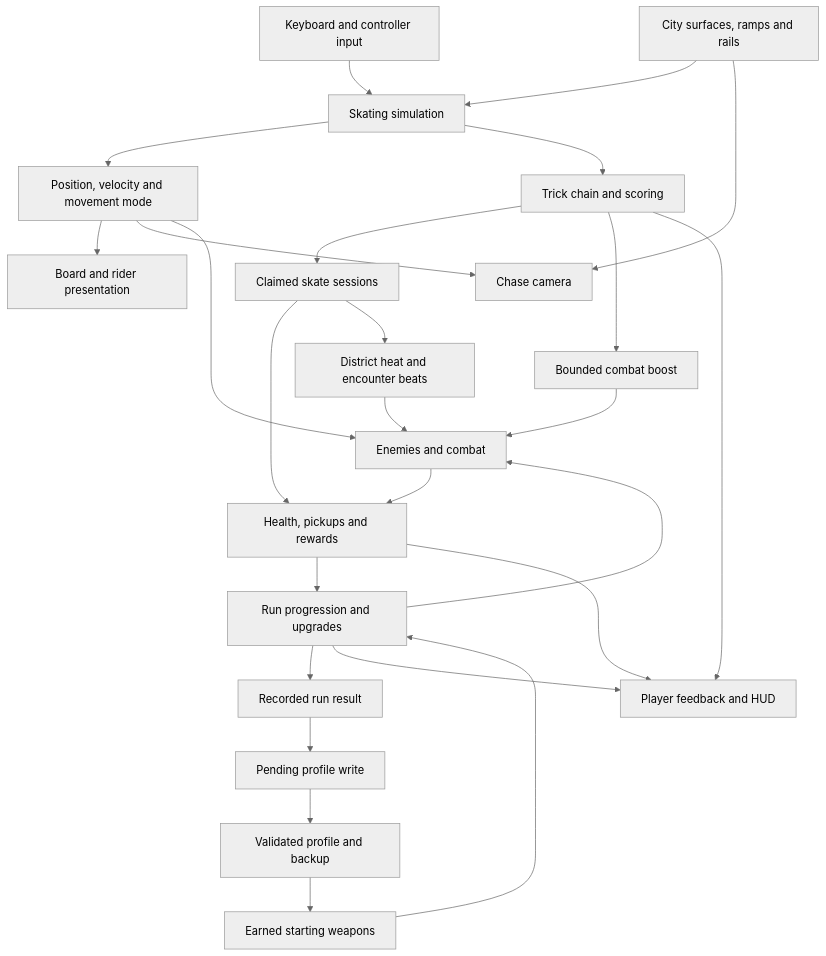
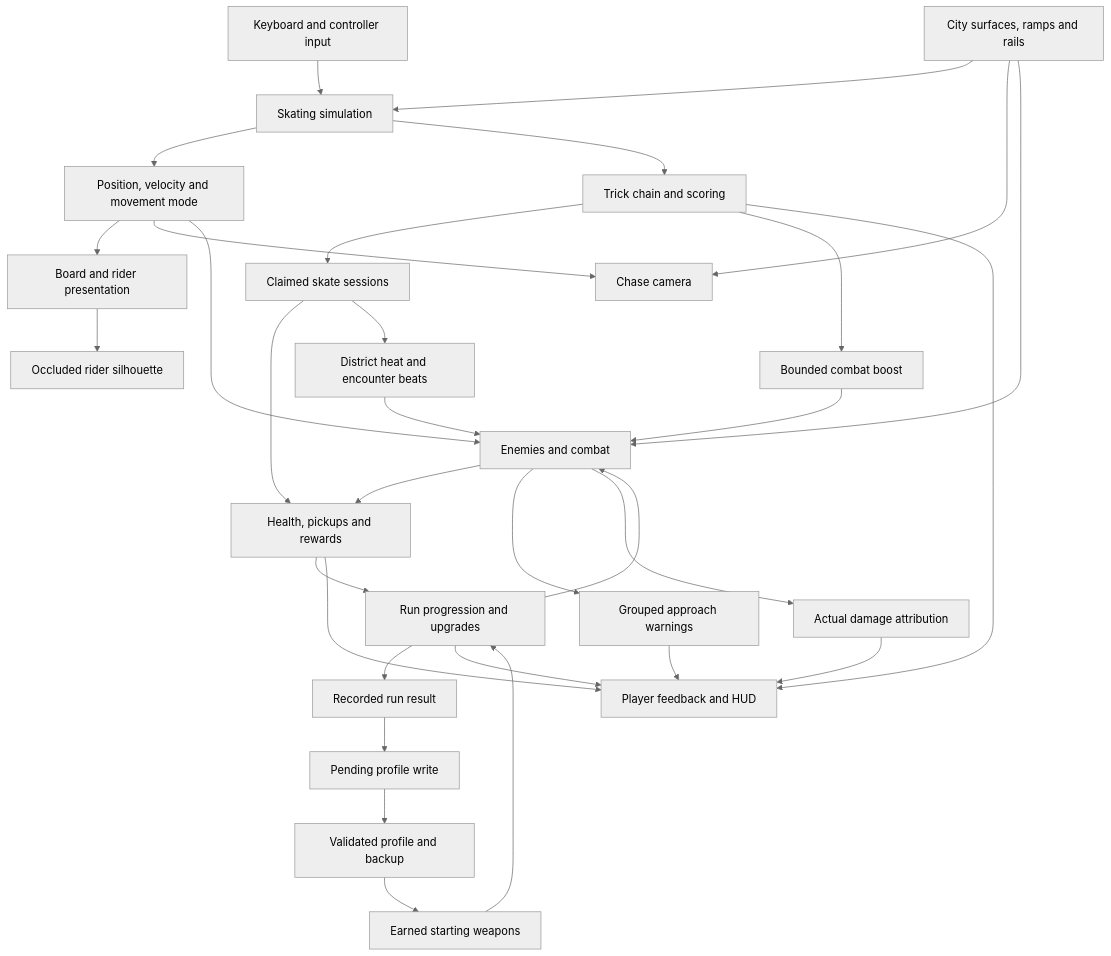
Before and after one commit to whenitisnight/grave-grind-devlog: the diagram in docs/system-map.md, drawn with Mermaid (neutral theme). The commit also changed other lines of this file and 7 other files, not shown here.

````diff
--- a/docs/system-map.md
+++ b/docs/system-map.md
@@ -5,28 +5,34 @@
 ```mermaid
 flowchart TD
     Input[Keyboard and controller input] --> Skate[Skating simulation]
     City[City surfaces, ramps and rails] --> Skate
     Skate --> State[Position, velocity and movement mode]
     Skate --> Tricks[Trick chain and scoring]
     State --> Rig[Board and rider presentation]
     State --> Camera[Chase camera]
     City --> Camera
     State --> Combat[Enemies and combat]
+    City --> Combat
     Run[Run progression and upgrades] --> Combat
     Combat --> Rewards[Health, pickups and rewards]
     Rewards --> Run
     Tricks --> Sessions[Claimed skate sessions]
     Sessions --> Rewards
     Sessions --> Pressure[District heat and encounter beats]
     Pressure --> Combat
     Tricks --> Boost[Bounded combat boost]
     Boost --> Combat
     Run --> Result[Recorded run result]
     Result --> Pending[Pending profile write]
     Pending --> Profile[Validated profile and backup]
     Profile --> Garage[Earned starting weapons]
     Garage --> Run
     Tricks --> HUD[Player feedback and HUD]
     Run --> HUD
     Rewards --> HUD
+    Combat --> Threats[Grouped approach warnings]
+    Combat --> Damage[Actual damage attribution]
+    Threats --> HUD
+    Damage --> HUD
+    Rig --> Visibility[Occluded rider silhouette]
 ```
````
